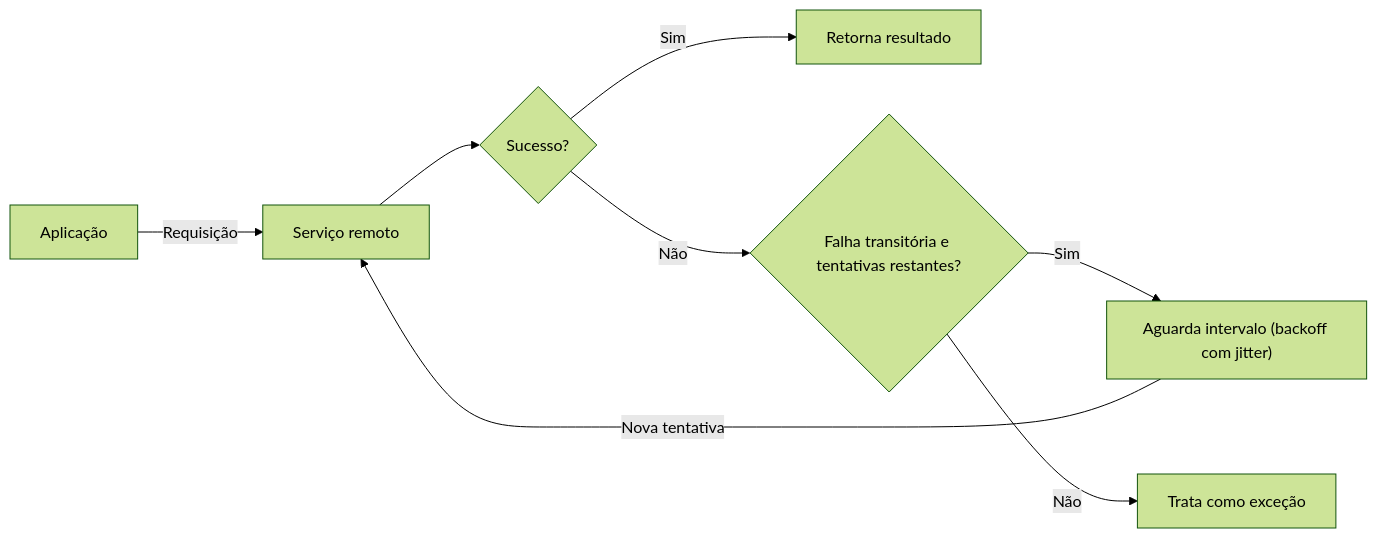
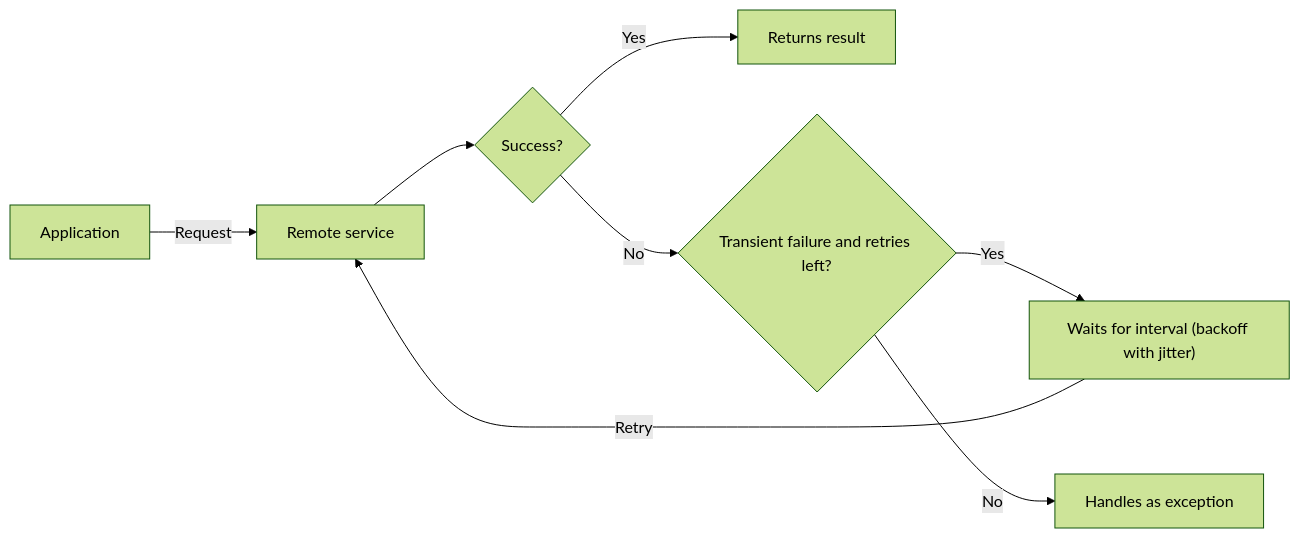
The diagram in docs/cloud/cloud-design-patterns/resiliency/retry.md (alancesar/design-patterns), drawn with Mermaid (forest theme) before and after one commit. The commit also changed 258 other files, not shown here.

First line of the commit message:
Translate Mermaid diagrams to English

````diff
--- a/docs/cloud/cloud-design-patterns/resiliency/retry.md
+++ b/docs/cloud/cloud-design-patterns/resiliency/retry.md
@@ -60,10 +60,10 @@
 ```mermaid
 flowchart LR
-    A["Aplicação"] -->|"Requisição"| B["Serviço remoto"]
-    B --> C{"Sucesso?"}
-    C -->|"Sim"| D["Retorna resultado"]
-    C -->|"Não"| E{"Falha transitória e tentativas restantes?"}
-    E -->|"Sim"| F["Aguarda intervalo (backoff com jitter)"]
-    F -->|"Nova tentativa"| B
-    E -->|"Não"| G["Trata como exceção"]
+    A["Application"] -->|"Request"| B["Remote service"]
+    B --> C{"Success?"}
+    C -->|"Yes"| D["Returns result"]
+    C -->|"No"| E{"Transient failure and retries left?"}
+    E -->|"Yes"| F["Waits for interval (backoff with jitter)"]
+    F -->|"Retry"| B
+    E -->|"No"| G["Handles as exception"]
 ```
````
